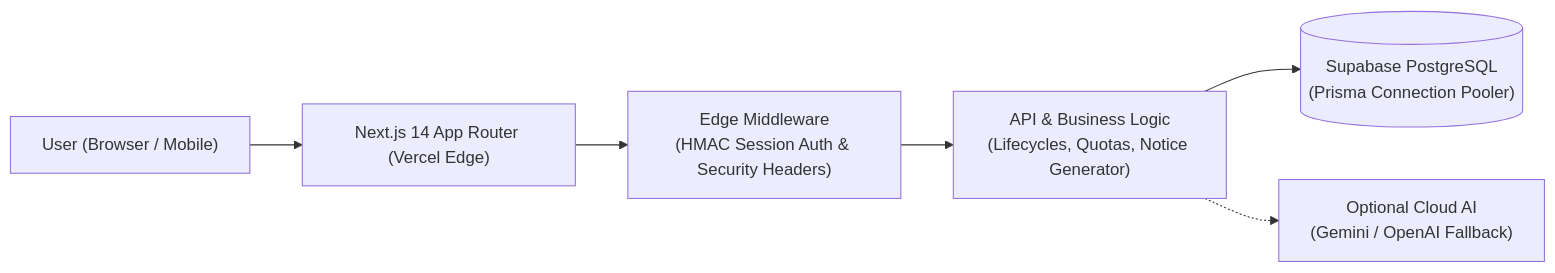
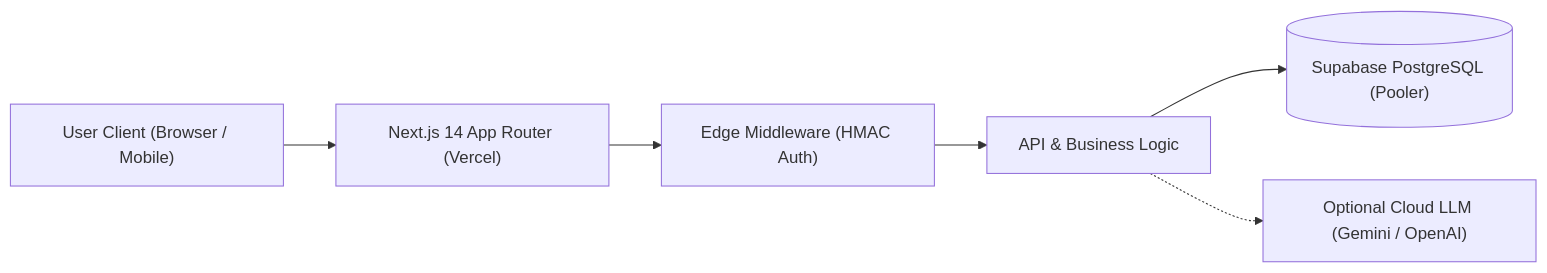
Before and after one commit to yaseershaik/FixFlow: the diagram in README.md, drawn with Mermaid. The commit also changed other lines of this file, not shown here.

Commit message:
docs: polish README layout with 2-column screenshots, Why I Built It section, and robust flowchart

````diff
--- a/README.md
+++ b/README.md
@@ -82,8 +76,8 @@
 ```mermaid
-graph LR
-    User["User (Browser / Mobile)"] --> NextApp["Next.js 14 App Router (Vercel Edge)"]
-    NextApp --> EdgeMW["Edge Middleware<br/>(HMAC Session Auth & Security Headers)"]
-    EdgeMW --> Logic["API & Business Logic<br/>(Lifecycles, Quotas, Notice Generator)"]
-    Logic --> DB[("Supabase PostgreSQL<br/>(Prisma Connection Pooler)")]
-    Logic -.-> AI["Optional Cloud AI<br/>(Gemini / OpenAI Fallback)"]
+flowchart LR
+    User["User Client (Browser / Mobile)"] --> NextApp["Next.js 14 App Router (Vercel)"]
+    NextApp --> EdgeMW["Edge Middleware (HMAC Auth)"]
+    EdgeMW --> Logic["API & Business Logic"]
+    Logic --> DB[("Supabase PostgreSQL (Pooler)")]
+    Logic -.-> AI["Optional Cloud LLM (Gemini / OpenAI)"]
 ```
````
